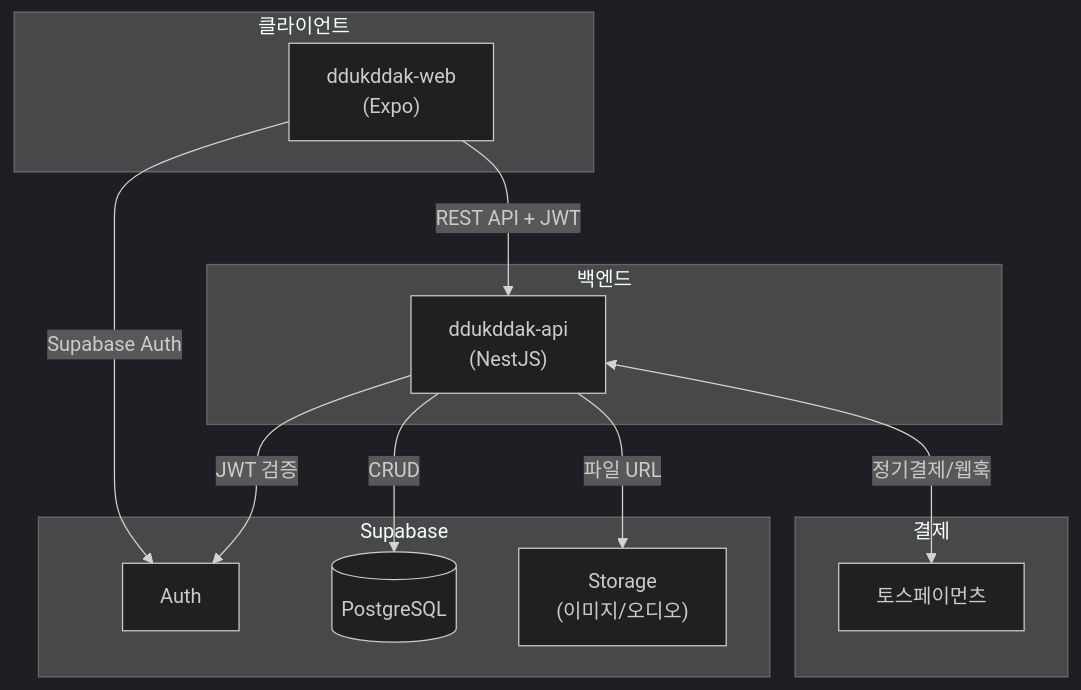
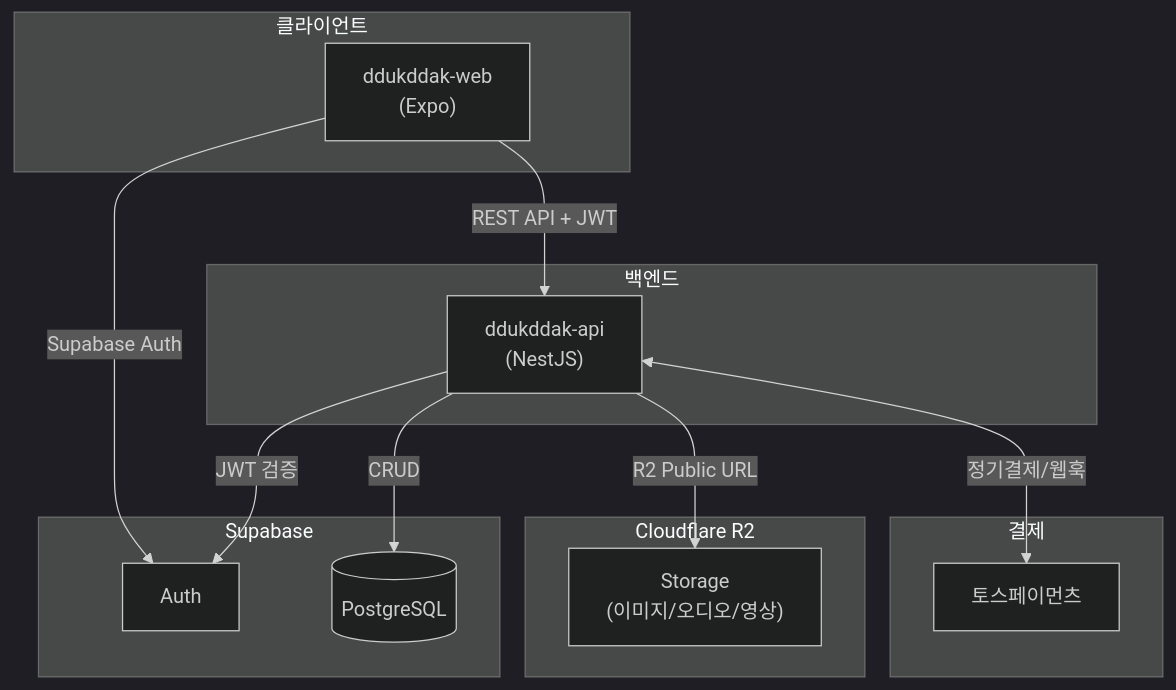
The first of 2 diagrams in CLAUDE.md (youngkim90/ddukddak-api), drawn with Mermaid (dark theme) before and after one commit. The commit also changed other lines of this file and 9 other files, not shown here.

First line of the commit message:
feat: add media_type/video_url schema and seed data (#5)

````diff
--- a/CLAUDE.md
+++ b/CLAUDE.md
@@ -65,27 +65,30 @@
 ```mermaid
 flowchart TB
     subgraph Client["클라이언트"]
         WEB["ddukddak-web<br/>(Expo)"]
     end
 
     subgraph Backend["백엔드"]
         API["ddukddak-api<br/>(NestJS)"]
     end
 
     subgraph Supabase["Supabase"]
         AUTH["Auth"]
         DB[(PostgreSQL)]
-        STORAGE["Storage<br/>(이미지/오디오)"]
+    end
+
+    subgraph CloudflareR2["Cloudflare R2"]
+        STORAGE["Storage<br/>(이미지/오디오/영상)"]
     end
 
     subgraph Payment["결제"]
         TOSS["토스페이먼츠"]
     end
 
     WEB -->|"Supabase Auth"| AUTH
     WEB -->|"REST API + JWT"| API
     API -->|"JWT 검증"| AUTH
     API -->|"CRUD"| DB
-    API -->|"파일 URL"| STORAGE
+    API -->|"R2 Public URL"| STORAGE
     API <-->|"정기결제/웹훅"| TOSS
 ```
````
